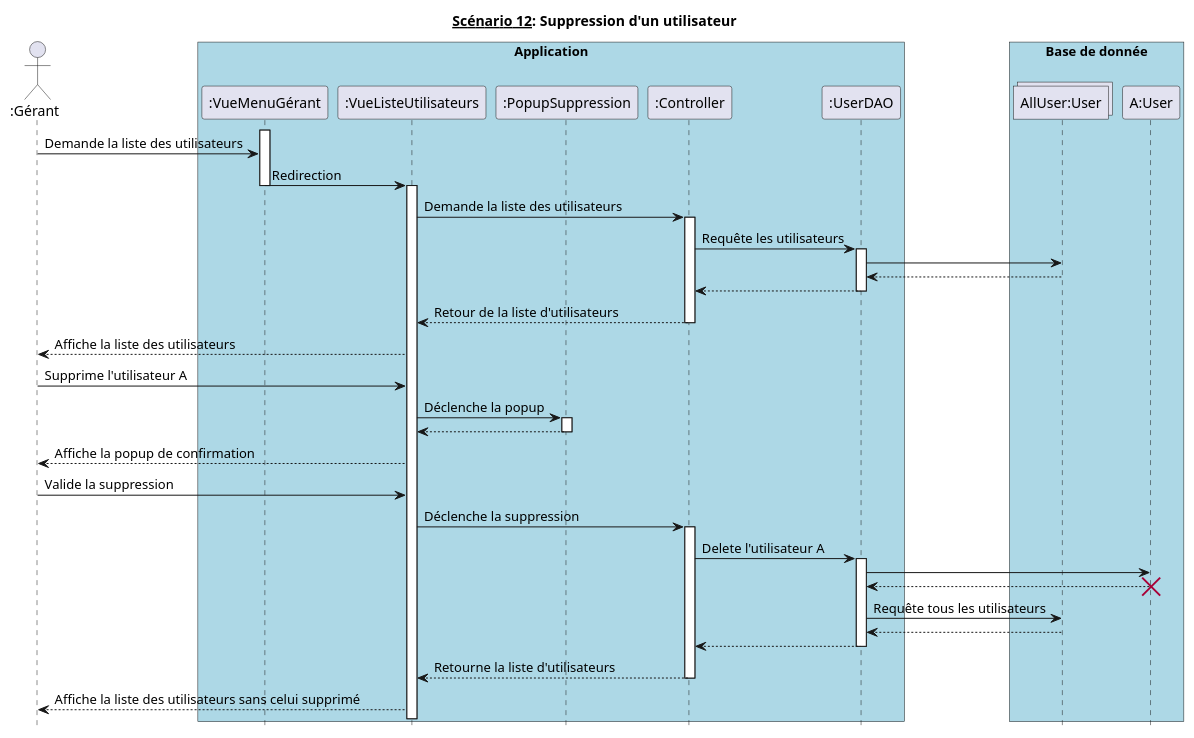
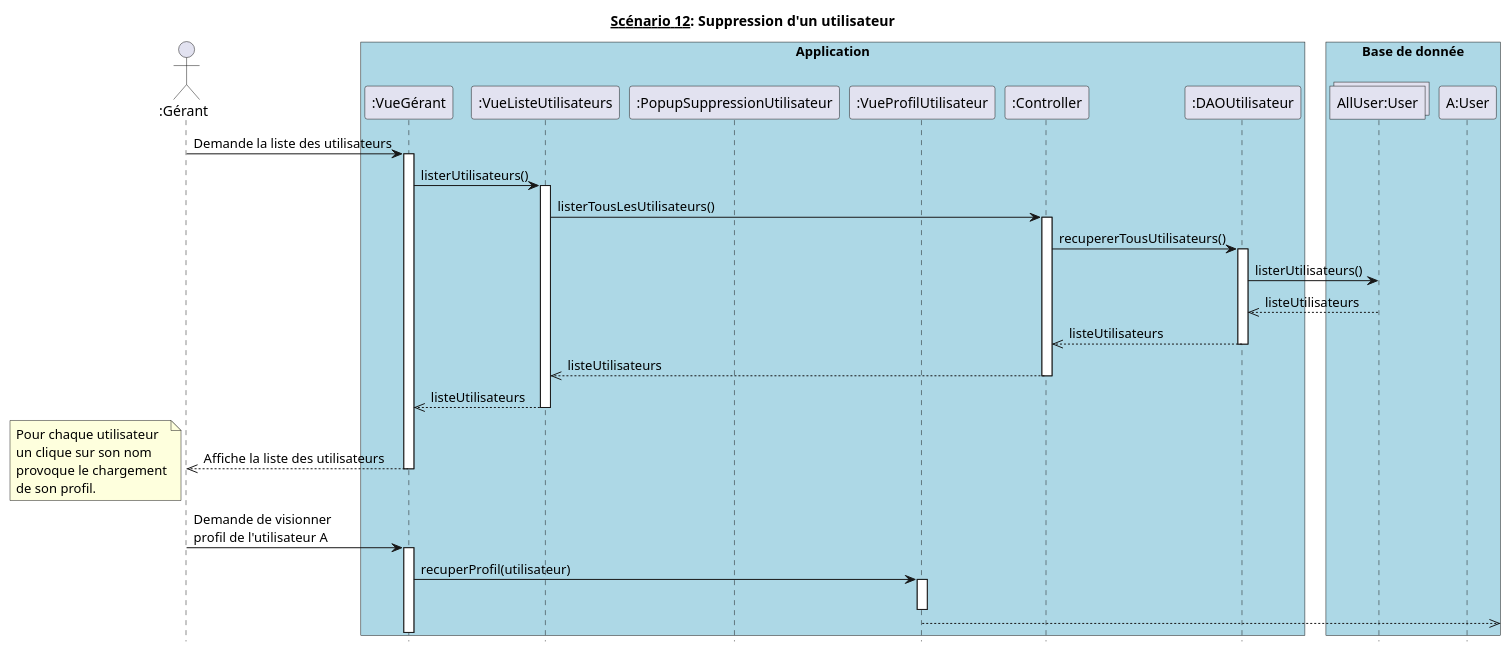
One commit to hulskenA/GL-Les_seigneurs_du_resto changed the diagram in diagrammes_sequences_detailles/dss12.md. Above: the diagram before and after it, drawn with PlantUML.

Commit message:
Worked on dss12 (not finished)

````diff
--- a/diagrammes_sequences_detailles/dss12.md
+++ b/diagrammes_sequences_detailles/dss12.md
@@ -1,59 +1,50 @@
 ```puml
 @startuml
 hide footbox
 title __Scénario 12__: Suppression d'un utilisateur
 
 actor ":Gérant" as Gérant order 10
 
 box "Application" #Lightblue
-  participant ":VueMenuGérant" as VueMenuGérant order 20
+  participant ":VueGérant" as VueGérant order 20
   participant ":VueListeUtilisateurs" as VueListeUtilisateurs order 30
-  participant ":PopupSuppression" as PopupSuppression order 40
-  participant ":Controller" as Controller order 50
-  participant ":UserDAO" as UserDAO order 60
+  participant ":PopupSuppressionUtilisateur" as PopupSuppressionUtilisateur order 40
+  participant ":VueProfilUtilisateur" as VueProfilUtilisateur  order 50
+  participant ":Controller" as Controller order 60
+  participant ":DAOUtilisateur" as DAOUtilisateur order 70
 endbox
 
 box "Base de donnée" #Lightblue
-  collections "AllUser:User" as AllUser order 70
-  participant "A:User" as User order 80
+  collections "AllUser:User" as AllUser order 80
+  participant "A:User" as User order 90
 endbox
 
-activate VueMenuGérant
-Gérant -> VueMenuGérant : Demande la liste des utilisateurs
-VueMenuGérant -> VueListeUtilisateurs : Redirection
-deactivate VueMenuGérant
+
+Gérant -> VueGérant : Demande la liste des utilisateurs
+activate VueGérant
+VueGérant -> VueListeUtilisateurs : listerUtilisateurs()
 activate VueListeUtilisateurs
-VueListeUtilisateurs -> Controller : Demande la liste des utilisateurs
+VueListeUtilisateurs -> Controller : listerTousLesUtilisateurs()
 activate Controller
-Controller -> UserDAO : Requête les utilisateurs
-activate UserDAO
-UserDAO -> AllUser
-UserDAO <-- AllUser
-UserDAO --> Controller
-deactivate UserDAO
-Controller --> VueListeUtilisateurs : Retour de la liste d'utilisateurs
+Controller -> DAOUtilisateur :  recupererTousUtilisateurs()
+activate DAOUtilisateur
+DAOUtilisateur -> AllUser : listerUtilisateurs()
+DAOUtilisateur <<-- AllUser : listeUtilisateurs
+DAOUtilisateur -->> Controller : listeUtilisateurs
+deactivate DAOUtilisateur
+Controller -->> VueListeUtilisateurs : listeUtilisateurs
 deactivate Controller
-VueListeUtilisateurs --> Gérant : Affiche la liste des utilisateurs
-Gérant -> VueListeUtilisateurs : Supprime l'utilisateur A
-VueListeUtilisateurs -> PopupSuppression : Déclenche la popup
-activate PopupSuppression
-PopupSuppression --> VueListeUtilisateurs
-deactivate PopupSuppression
-VueListeUtilisateurs --> Gérant : Affiche la popup de confirmation
-Gérant -> VueListeUtilisateurs : Valide la suppression
-VueListeUtilisateurs -> Controller : Déclenche la suppression
-activate Controller
-Controller -> UserDAO : Delete l'utilisateur A
-activate UserDAO
-UserDAO -> User
-User --> UserDAO
-destroy User
-UserDAO -> AllUser : Requête tous les utilisateurs
-AllUser --> UserDAO
-UserDAO --> Controller
-deactivate UserDAO
-Controller --> VueListeUtilisateurs : Retourne la liste d'utilisateurs
-deactivate Controller
-VueListeUtilisateurs --> Gérant : Affiche la liste des utilisateurs sans celui supprimé
+VueListeUtilisateurs -->> VueGérant : listeUtilisateurs
+deactivate VueListeUtilisateurs
+VueGérant -->> Gérant : Affiche la liste des utilisateurs
+note left : Pour chaque utilisateur\nun clique sur son nom\nprovoque le chargement\nde son profil.
+deactivate VueGérant
+Gérant -> VueGérant : Demande de visionner \nprofil de l'utilisateur A
+activate VueGérant
+VueGérant -> VueProfilUtilisateur : recuperProfil(utilisateur)
+activate VueProfilUtilisateur
+
+deactivate VueProfilUtilisateur
+VueProfilUtilisateur -->>
 @enduml
 ```
````
